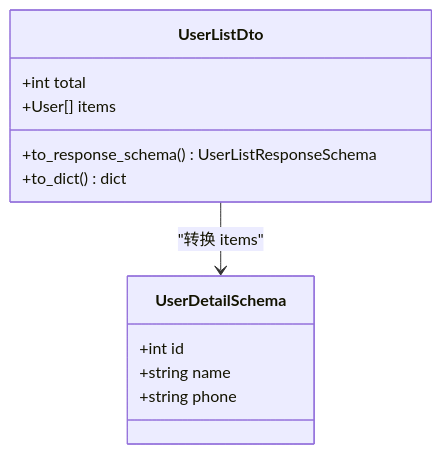
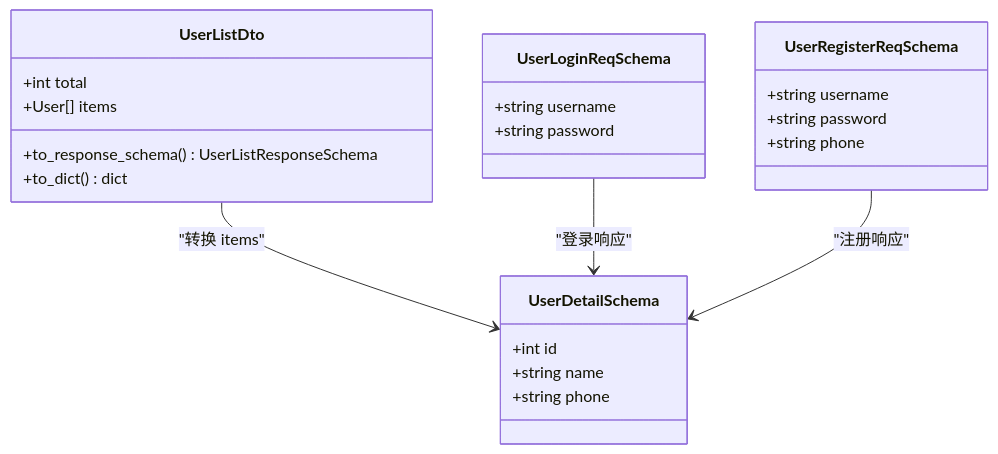
The seventh of 8 diagrams in .qoder/repowiki/zh/content/数据模型/用户模型.md (lilinzezzzzzz/fastapi-backend), drawn with Mermaid before and after one commit. The commit also changed other lines of this file and 38 other files, not shown here.

````diff
--- a/.qoder/repowiki/zh/content/数据模型/用户模型.md
+++ b/.qoder/repowiki/zh/content/数据模型/用户模型.md
@@ -238,15 +317,26 @@
 ```mermaid
 classDiagram
 class UserListDto {
 +int total
 +User[] items
 +to_response_schema() UserListResponseSchema
 +to_dict() dict
 }
 class UserDetailSchema {
 +int id
 +string name
 +string phone
 }
+class UserLoginReqSchema {
++string username
++string password
+}
+class UserRegisterReqSchema {
++string username
++string password
++string phone
+}
 UserListDto --> UserDetailSchema : "转换 items"
+UserLoginReqSchema --> UserDetailSchema : "登录响应"
+UserRegisterReqSchema --> UserDetailSchema : "注册响应"
 ```
````
